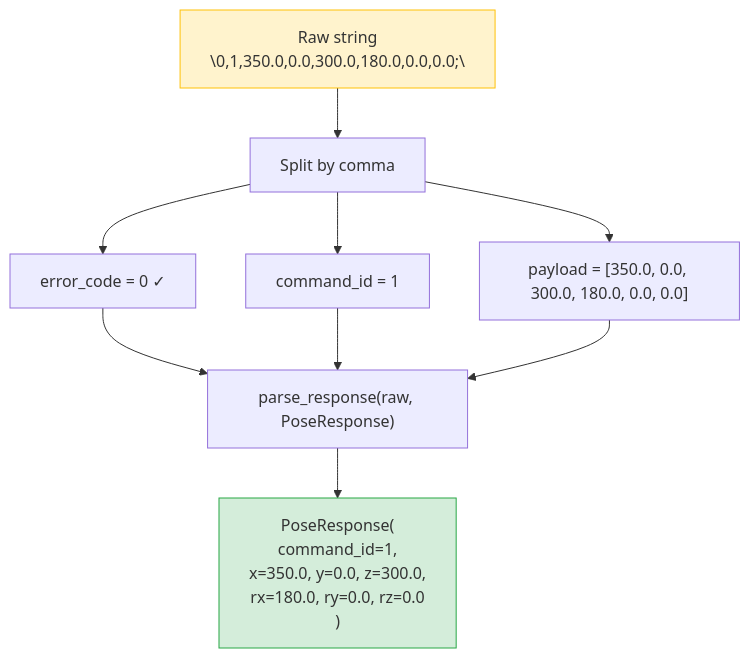
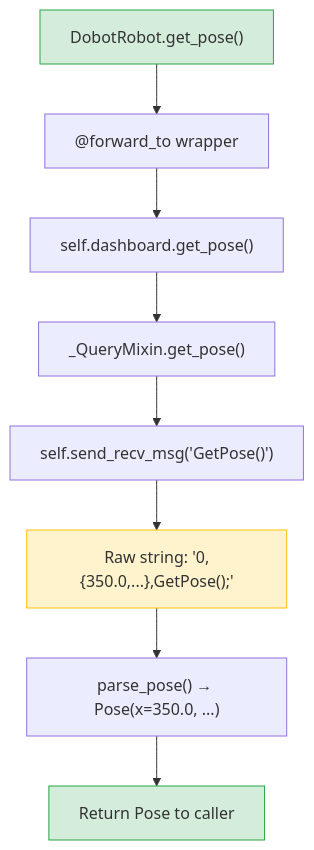
One commit to TechShare-inc/TCP-IP-Python-V4 changed the diagram in docs/explanation/forward-decorator.md. Above: the diagram before and after it, drawn with Mermaid. The commit also changed other lines of this file and 18 other files, not shown here.

````diff
--- a/docs/explanation/forward-decorator.md
+++ b/docs/explanation/forward-decorator.md
@@ -73,12 +78,14 @@
 ```mermaid
 flowchart TB
-    A["Raw string\n\"0,1,350.0,0.0,300.0,180.0,0.0,0.0;\""] --> B["Split by comma"]
-    B --> C["error_code = 0 ✓"]
-    B --> D["command_id = 1"]
-    B --> E["payload = [350.0, 0.0, 300.0, 180.0, 0.0, 0.0]"]
-    C & D & E --> F["parse_response(raw, PoseResponse)"]
-    F --> G["PoseResponse(\n  command_id=1,\n  x=350.0, y=0.0, z=300.0,\n  rx=180.0, ry=0.0, rz=0.0\n)"]
+    A["DobotRobot.get_pose()"] --> B["@forward_to wrapper"]
+    B --> C["self.dashboard.get_pose()"]
+    C --> D["_QueryMixin.get_pose()"]
+    D --> E["self.send_recv_msg('GetPose()')"]
+    E --> F["Raw string: '0,{350.0,...},GetPose();'"]
+    F --> G["parse_pose() → Pose(x=350.0, ...)"]
+    G --> H["Return Pose to caller"]
 
-    style A fill:#fff3cd,stroke:#ffc107
-    style G fill:#d4edda,stroke:#28a745
+    style A fill:#d4edda,stroke:#28a745
+    style H fill:#d4edda,stroke:#28a745
+    style F fill:#fff3cd,stroke:#ffc107
 ```
````
